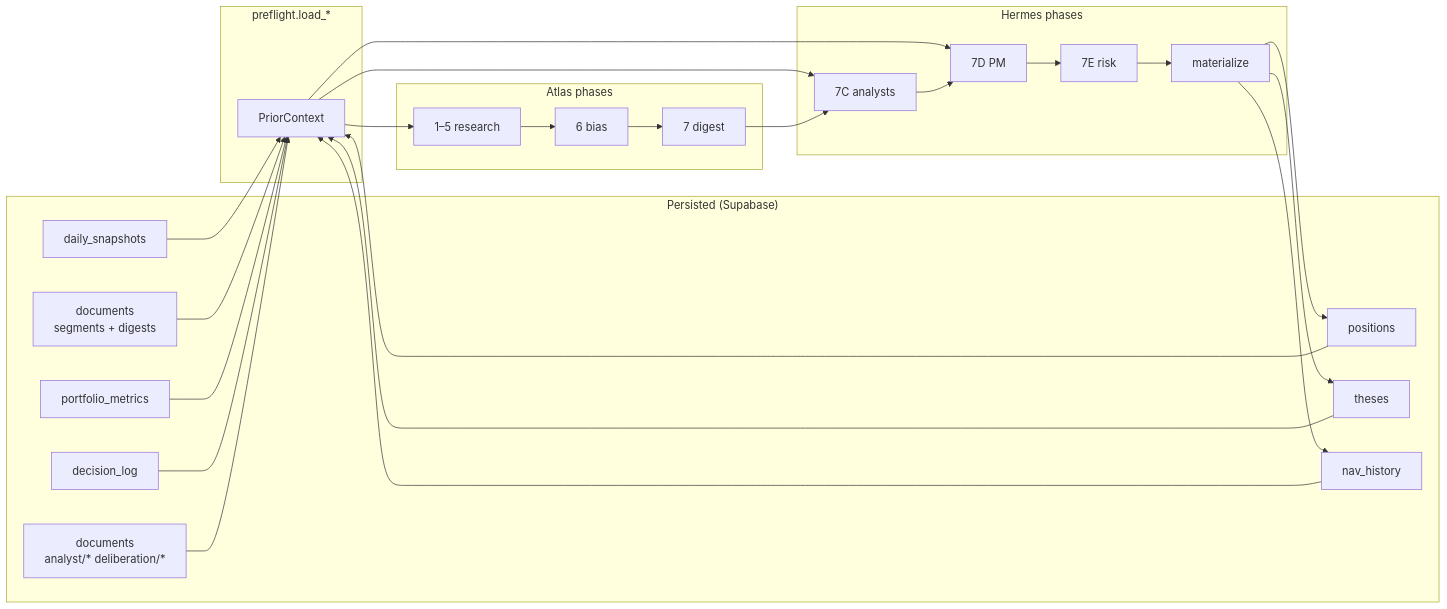
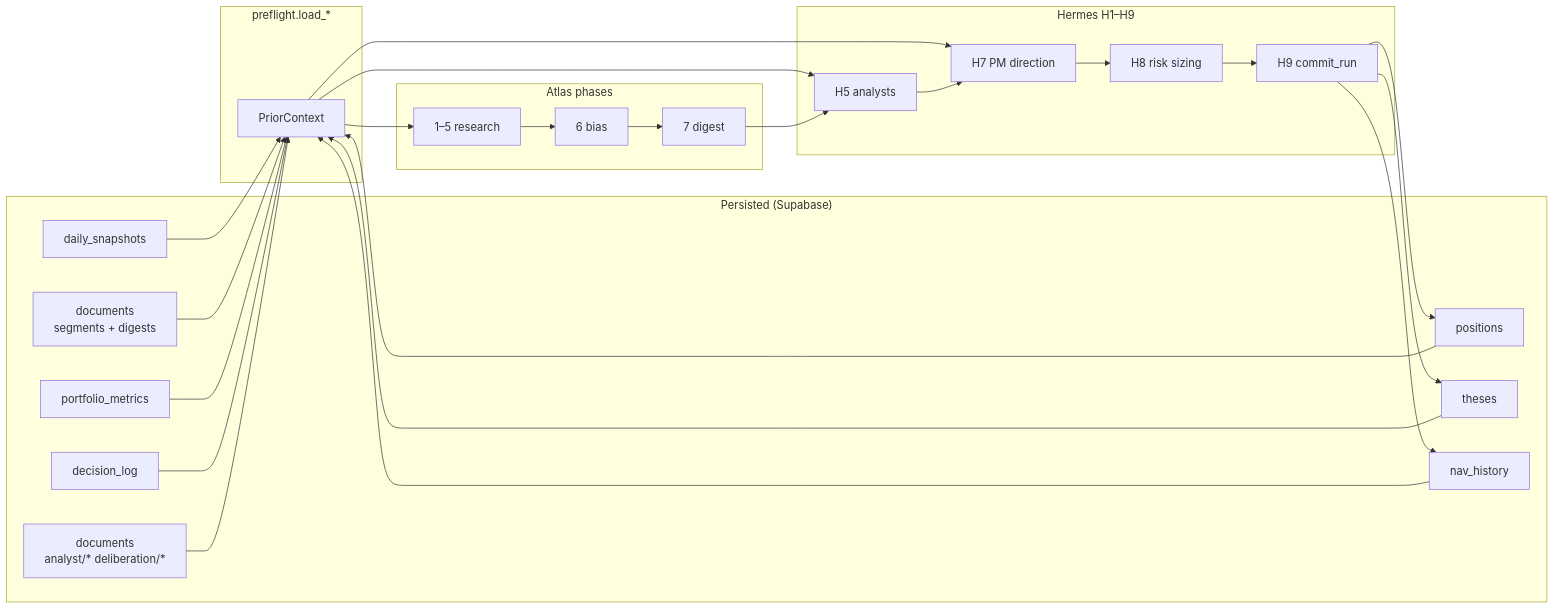
Before and after one commit to digithings-ai/digithings: the second of 2 diagrams in digiquant/ARCHITECTURE.md, drawn with Mermaid. The commit also changed other lines of this file and 168 other files, not shown here.

First line of the commit message:
feat(digiquant): Olympus daily thesis-first graph (#930)

````diff
--- a/digiquant/ARCHITECTURE.md
+++ b/digiquant/ARCHITECTURE.md
@@ -743,47 +736,47 @@
 ```mermaid
 flowchart LR
   subgraph persist["Persisted (Supabase)"]
     DS["daily_snapshots"]
     DOC["documents<br/>segments + digests"]
     POS["positions"]
     TH["theses"]
     NAV["nav_history"]
     PMET["portfolio_metrics"]
     DL["decision_log"]
     ADOC["documents<br/>analyst/* deliberation/*"]
   end
 
   subgraph preflight["preflight.load_*"]
     PC["PriorContext"]
   end
 
   subgraph atlas["Atlas phases"]
     A1["1–5 research"]
     A6["6 bias"]
     A7["7 digest"]
   end
 
-  subgraph hermes["Hermes phases"]
-    H7C["7C analysts"]
-    H7D["7D PM"]
-    H7E["7E risk"]
-    MAT["materialize"]
+  subgraph hermes["Hermes H1–H9"]
+    H5["H5 analysts"]
+    H7["H7 PM direction"]
+    H8["H8 risk sizing"]
+    H9["H9 commit_run"]
   end
 
   DS --> PC
   DOC --> PC
   POS --> PC
   TH --> PC
   NAV --> PC
   PMET --> PC
   DL --> PC
   ADOC --> PC
 
   PC --> A1
-  PC --> H7C
-  PC --> H7D
-  A1 --> A6 --> A7 --> H7C --> H7D --> H7E --> MAT
-  MAT --> POS
-  MAT --> TH
-  MAT --> NAV
+  PC --> H5
+  PC --> H7
+  A1 --> A6 --> A7 --> H5 --> H7 --> H8 --> H9
+  H9 --> POS
+  H9 --> TH
+  H9 --> NAV
 ```
````
